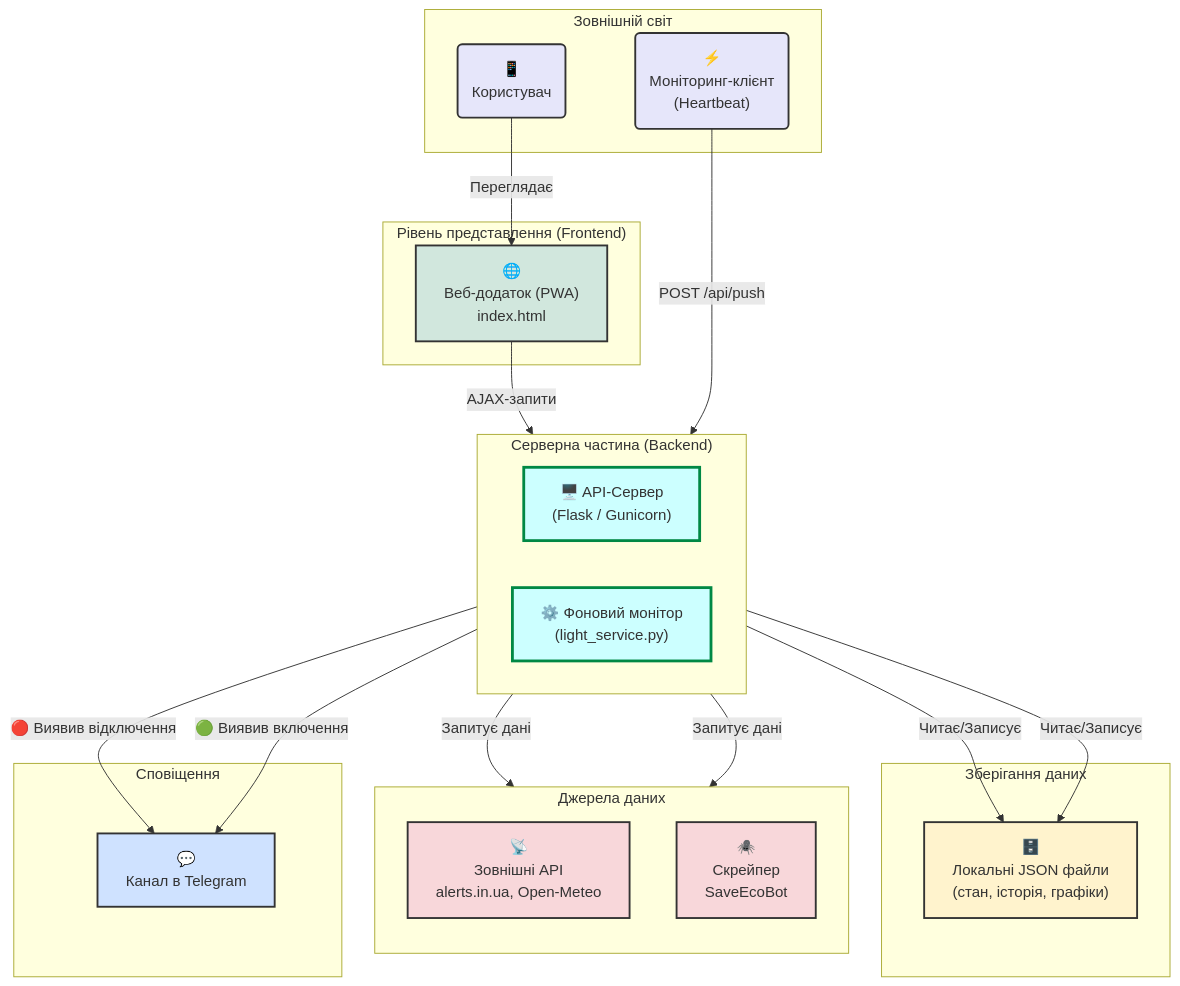
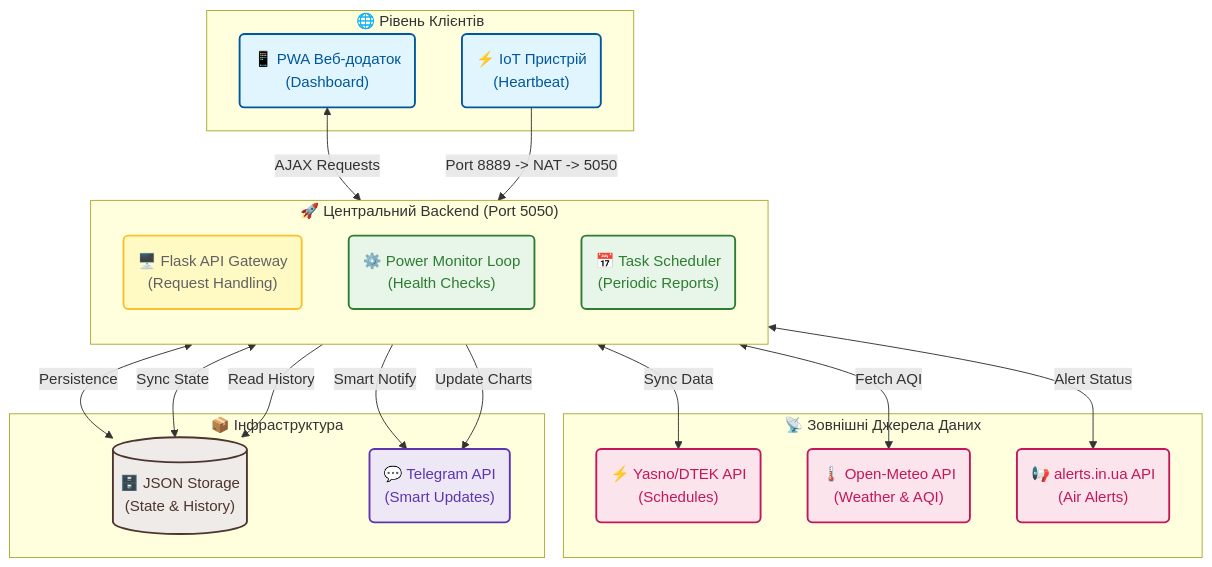
The diagram in README.md (weby-homelab/flash-monitor-kyiv), drawn with Mermaid before and after one commit. The commit also changed other lines of this file, not shown here.

Commit message:
Docs: modernize system architecture diagram

````diff
--- a/README.md
+++ b/README.md
@@ -38,63 +54,57 @@
 ```mermaid
-graph TD
-    %% -- Стилі для блоків --
-    classDef user fill:#e6e6fa,stroke:#333,stroke-width:2px,color:#333
-    classDef frontend fill:#d1e7dd,stroke:#333,stroke-width:2px,color:#333
-    classDef backend fill:#cff,stroke:#084,stroke-width:3px,color:#333
-    classDef data fill:#f8d7da,stroke:#333,stroke-width:2px,color:#333
-    classDef storage fill:#fff3cd,stroke:#333,stroke-width:2px,color:#333
-    classDef notify fill:#cfe2ff,stroke:#333,stroke-width:2px,color:#333
+flowchart TD
+    %% -- Style Definitions --
+    classDef client fill:#e1f5fe,stroke:#01579b,stroke-width:2px,color:#01579b
+    classDef core fill:#fff9c4,stroke:#fbc02d,stroke-width:2px,color:#616161
+    classDef logic fill:#e8f5e9,stroke:#2e7d32,stroke-width:2px,color:#2e7d32
+    classDef external fill:#fce4ec,stroke:#c2185b,stroke-width:2px,color:#c2185b
+    classDef storage fill:#efebe9,stroke:#4e342e,stroke-width:2px,color:#4e342e
+    classDef notify fill:#ede7f6,stroke:#5e35b1,stroke-width:2px,color:#5e35b1
 
-    %% -- Блоки системи --
-    subgraph "Зовнішній світ"
-        User("📱<br>Користувач")
-        MonitorClient("⚡<br>Моніторинг-клієнт<br>(Heartbeat)")
+    %% -- Nodes --
+    subgraph Clients ["🌐 Рівень Клієнтів"]
+        User("📱 PWA Веб-додаток<br/>(Dashboard)")
+        IoT("⚡ IoT Пристрій<br/>(Heartbeat)")
     end
 
-    subgraph "Рівень представлення (Frontend)"
-        WebApp["🌐<br>Веб-додаток (PWA)<br>index.html"]
+    subgraph Backend ["🚀 Центральний Backend (Port 5050)"]
+        direction TB
+        API("🖥️ Flask API Gateway<br/>(Request Handling)")
+        Monitor("⚙️ Power Monitor Loop<br/>(Health Checks)")
+        Scheduler("📅 Task Scheduler<br/>(Periodic Reports)")
     end
 
-    subgraph "Серверна частина (Backend)"
-        direction LR
-        APIServer["🖥️ API-Сервер<br>(Flask / Gunicorn)"]
-        BackgroundMonitor["⚙️ Фоновий монітор<br>(light_service.py)"]
-    end
-    
-    subgraph "Джерела даних"
-        direction TB
-        ExternalAPIs["📡<br>Зовнішні API<br>alerts.in.ua, Open-Meteo"]
-        Scraper["🕷️<br>Скрейпер<br>SaveEcoBot"]
+    subgraph DataSources ["📡 Зовнішні Джерела Даних"]
+        Yasno("⚡ Yasno/DTEK API<br/>(Schedules)")
+        OpenMeteo("🌡️ Open-Meteo API<br/>(Weather & AQI)")
+        Alerts("📢 alerts.in.ua API<br/>(Air Alerts)")
     end
 
-    subgraph "Зберігання даних"
-        JSON_DB["🗄️<br>Локальні JSON файли<br>(стан, історія, графіки)"]
-    end
-    
-    subgraph "Сповіщення"
-        Telegram["💬<br>Канал в Telegram"]
+    subgraph Infrastructure ["📦 Інфраструктура"]
+        JSON[("🗄️ JSON Storage<br/>(State & History)")]
+        Telegram("💬 Telegram API<br/>(Smart Updates)")
     end
 
-    %% -- Присвоєння стилів --
-    class User,MonitorClient user
-    class WebApp frontend
-    class APIServer,BackgroundMonitor backend
-    class ExternalAPIs,Scraper data
-    class JSON_DB storage
+    %% -- Connections --
+    User <-->|AJAX Requests| API
+    IoT -->|Port 8889 -> NAT -> 5050| API
+    
+    API <-->|Sync Data| Yasno
+    API <-->|Fetch AQI| OpenMeteo
+    API <-->|Alert Status| Alerts
+
+    API <-->|Persistence| JSON
+    Monitor <-->|Sync State| JSON
+    Scheduler -->|Read History| JSON
+
+    Monitor -->|Smart Notify| Telegram
+    Scheduler -->|Update Charts| Telegram
+
+    %% -- Applying Classes --
+    class User,IoT client
+    class API core
+    class Monitor,Scheduler logic
+    class Yasno,OpenMeteo,Alerts external
+    class JSON storage
     class Telegram notify
-
-    %% -- Потоки даних --
-    User      --> |Переглядає| WebApp
-    WebApp    --> |AJAX-запити| APIServer
-    
-    MonitorClient --> |POST /api/push| APIServer
-
-    APIServer --> |Запитує дані| ExternalAPIs
-    APIServer --> |Запитує дані| Scraper
-
-    APIServer           --> |Читає/Записує| JSON_DB
-    BackgroundMonitor   --> |Читає/Записує| JSON_DB
-
-    BackgroundMonitor   -- "🔴 Виявив відключення" --> Telegram
-    APIServer           -- "🟢 Виявив включення" --> Telegram
 ```
````
